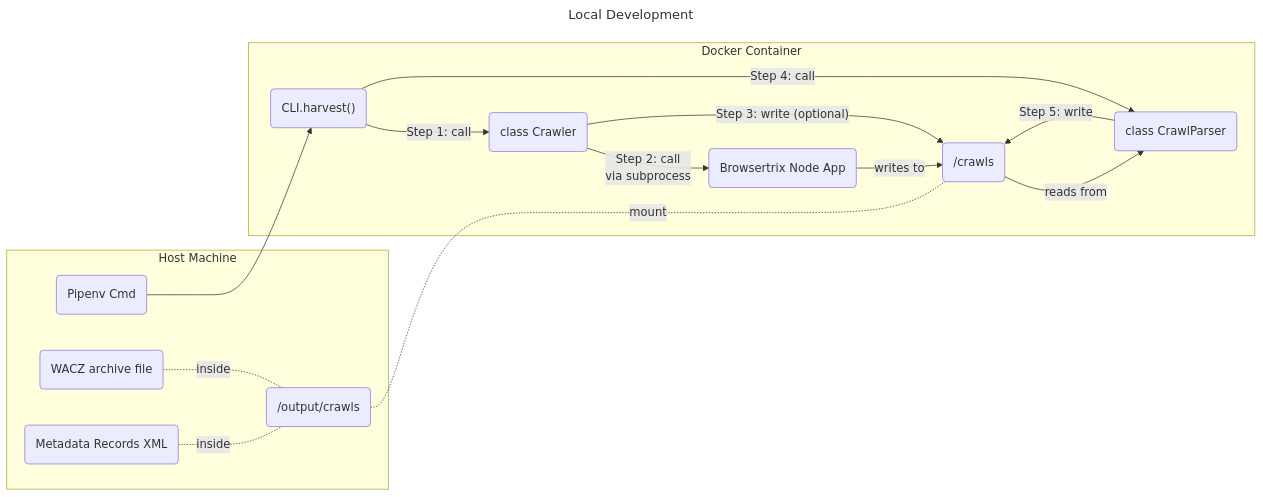
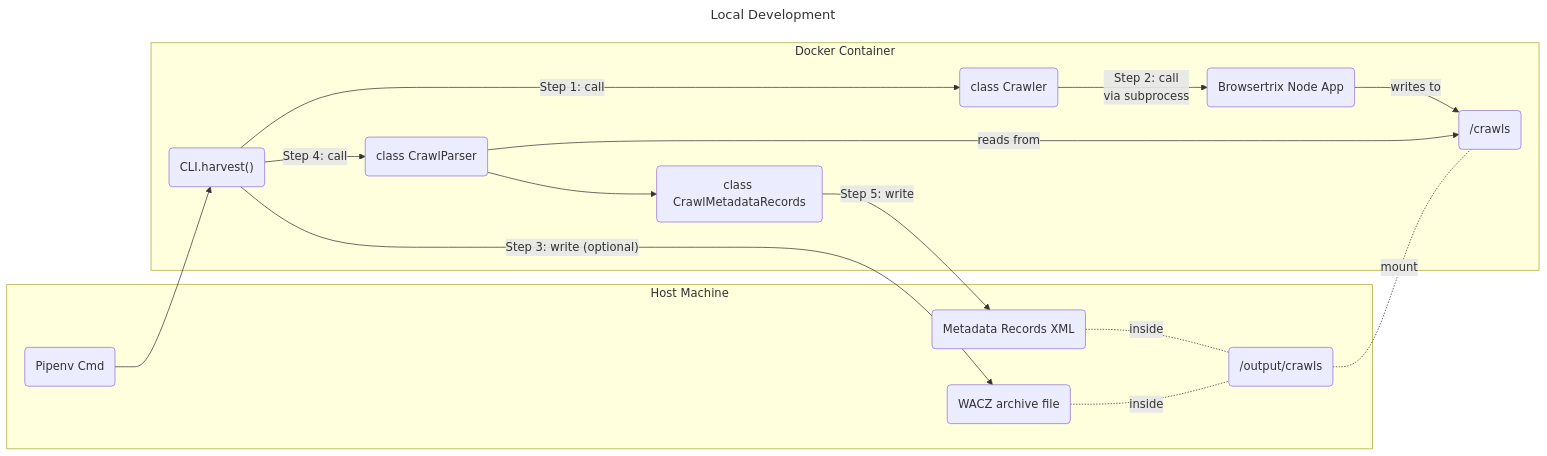
The second of 3 diagrams in docs/architecture.md (MITLibraries/browsertrix-harvester), drawn with Mermaid before and after one commit. The commit also changed other lines of this file and 9 other files, not shown here.

````diff
--- a/docs/architecture.md
+++ b/docs/architecture.md
@@ -35,49 +40,51 @@
 ```mermaid
 ---
 title: Local Development
 ---
 flowchart LR
     
     %% host machine
     pipenv_cmd("Pipenv Cmd")
     output_folder("/output/crawls")
     
     %% docker container
     cli_harvest("CLI.harvest()")
     crawler("class Crawler")
     parser("class CrawlParser")
+    metadata("class CrawlMetadataRecords")
     crawls_folder("/crawls")
     btrix("Browsertrix Node App")
     
     %% anywhere
     output_wacz("WACZ archive file")
     output_metadata("Metadata Records XML")
     
     
     pipenv_cmd --> cli_harvest
     output_folder -. mount .- crawls_folder
     
     subgraph Host Machine
         pipenv_cmd
         output_folder
         output_wacz
         output_metadata
         
         output_wacz -. inside .- output_folder
         output_metadata -. inside .- output_folder
     end
     
     subgraph Docker Container 
         btrix
         crawls_folder
         cli_harvest -->|Step 1: call| crawler
         crawler -->|Step 2: call\nvia subprocess| btrix        
         btrix -->|writes to| crawls_folder
         cli_harvest -->|Step 4: call| parser
-        crawls_folder -->|reads from| parser
+        parser -->|reads from| crawls_folder
+        parser --> metadata
     end
     
-    crawler -->|"Step 3: write (optional)"| crawls_folder
-    parser -->|Step 5: write| crawls_folder
+    cli_harvest -->|"Step 3: write (optional)"| output_wacz
+    metadata -->|Step 5: write| output_metadata
     
 ```
````
